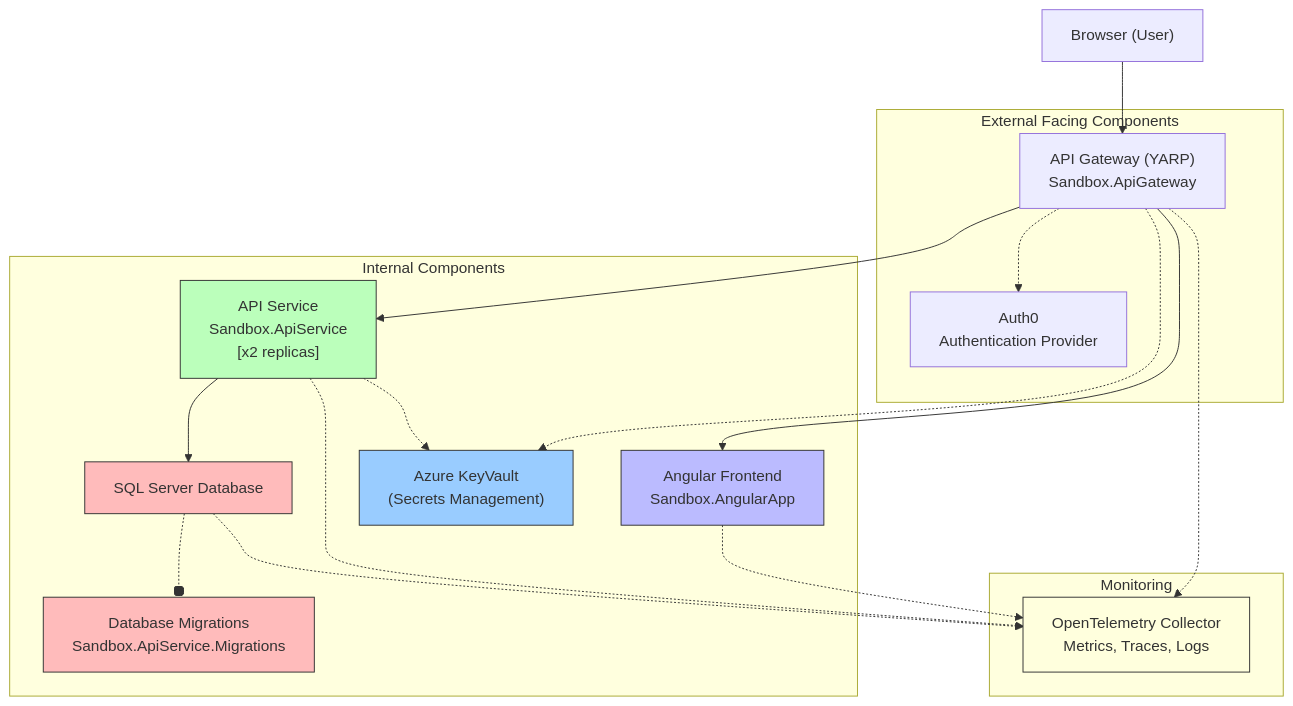
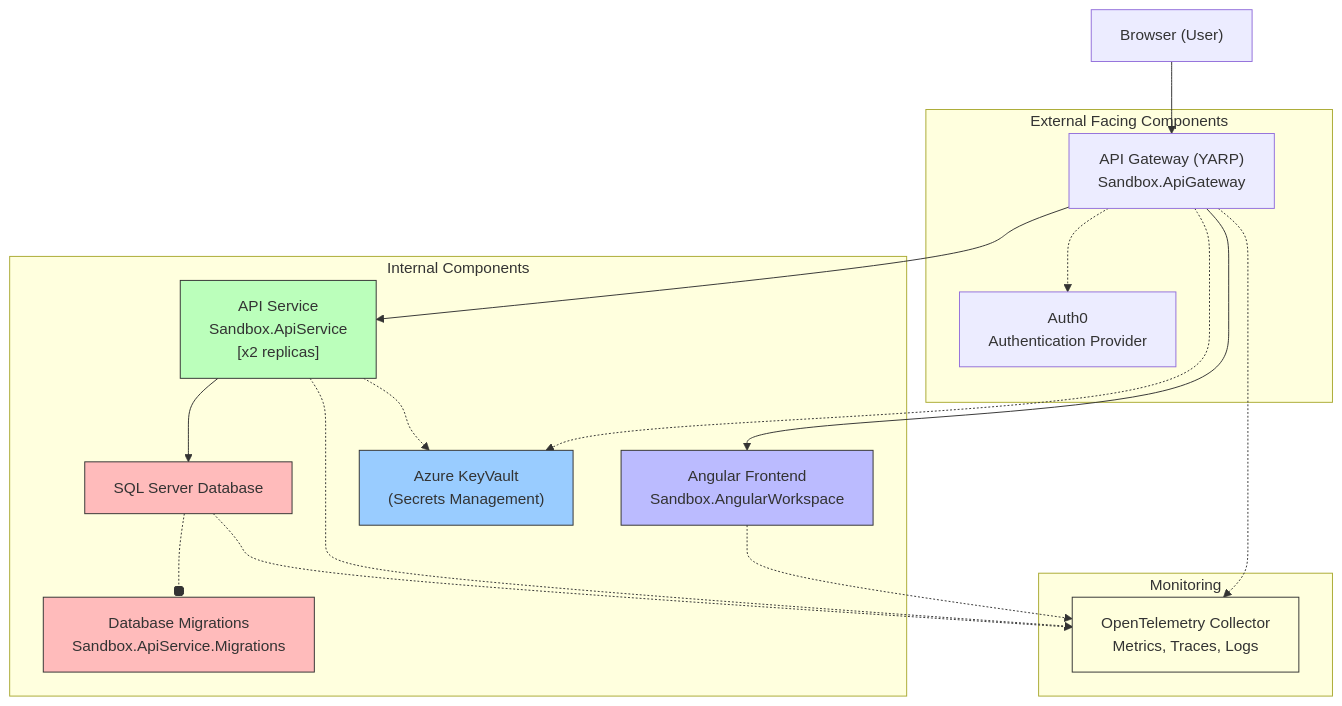
The diagram in README.md (timdeschryver/Sandbox), drawn with Mermaid before and after one commit. The commit also changed other lines of this file and 19 other files, not shown here.

````diff
--- a/README.md
+++ b/README.md
@@ -16,50 +16,50 @@
 ```mermaid
 graph TD
     User["Browser (User)"] --> ApiGateway
     
     subgraph "External Facing Components"
         ApiGateway["API Gateway (YARP)<br>Sandbox.ApiGateway"]
         Auth0["Auth0<br>Authentication Provider"]
     end
     
     subgraph "Internal Components"
-        AngularApp["Angular Frontend<br>Sandbox.AngularApp"]
+        AngularApp["Angular Frontend<br>Sandbox.AngularWorkspace"]
         ApiService["API Service<br>Sandbox.ApiService<br>[x2 replicas]"]
         SqlDatabase["SQL Server Database"]
         DbMigrations["Database Migrations<br>Sandbox.ApiService.Migrations"]
         KeyVault["Azure KeyVault<br>(Secrets Management)"]
         
         ApiGateway --> AngularApp
         ApiGateway --> ApiService
         ApiService --> SqlDatabase
         SqlDatabase -.-o DbMigrations
         ApiGateway -.-> KeyVault
         ApiService -.-> KeyVault
         ApiGateway -.-> Auth0
     end
     
     subgraph "Monitoring"
         OpenTelemetry["OpenTelemetry Collector<br>Metrics, Traces, Logs"]
         ApiGateway -.-> OpenTelemetry
         AngularApp -.-> OpenTelemetry
         ApiService -.-> OpenTelemetry
         SqlDatabase -.-> OpenTelemetry
     end
     
     classDef externalFacing fill:#f96,stroke:#333,stroke-width:3px,stroke-dasharray: 5 5;
     classDef gateway fill:#f9f,stroke:#333,stroke-width:2px;
     classDef frontend fill:#bbf,stroke:#333,stroke-width:1px;
     classDef backend fill:#bfb,stroke:#333,stroke-width:1px;
     classDef database fill:#fbb,stroke:#333,stroke-width:1px;
     classDef secrets fill:#9cf,stroke:#333,stroke-width:1px;
     classDef auth fill:#f99,stroke:#333,stroke-width:1px;
     classDef monitoring fill:#ffd,stroke:#333,stroke-width:1px;
     
     class ApiGateway gateway,externalFacing;
     class Auth0 auth,externalFacing;
     class AngularApp frontend;
     class ApiService backend;
     class SqlDatabase,DbMigrations database;
     class KeyVault secrets;
     class OpenTelemetry monitoring;
 ```
````
